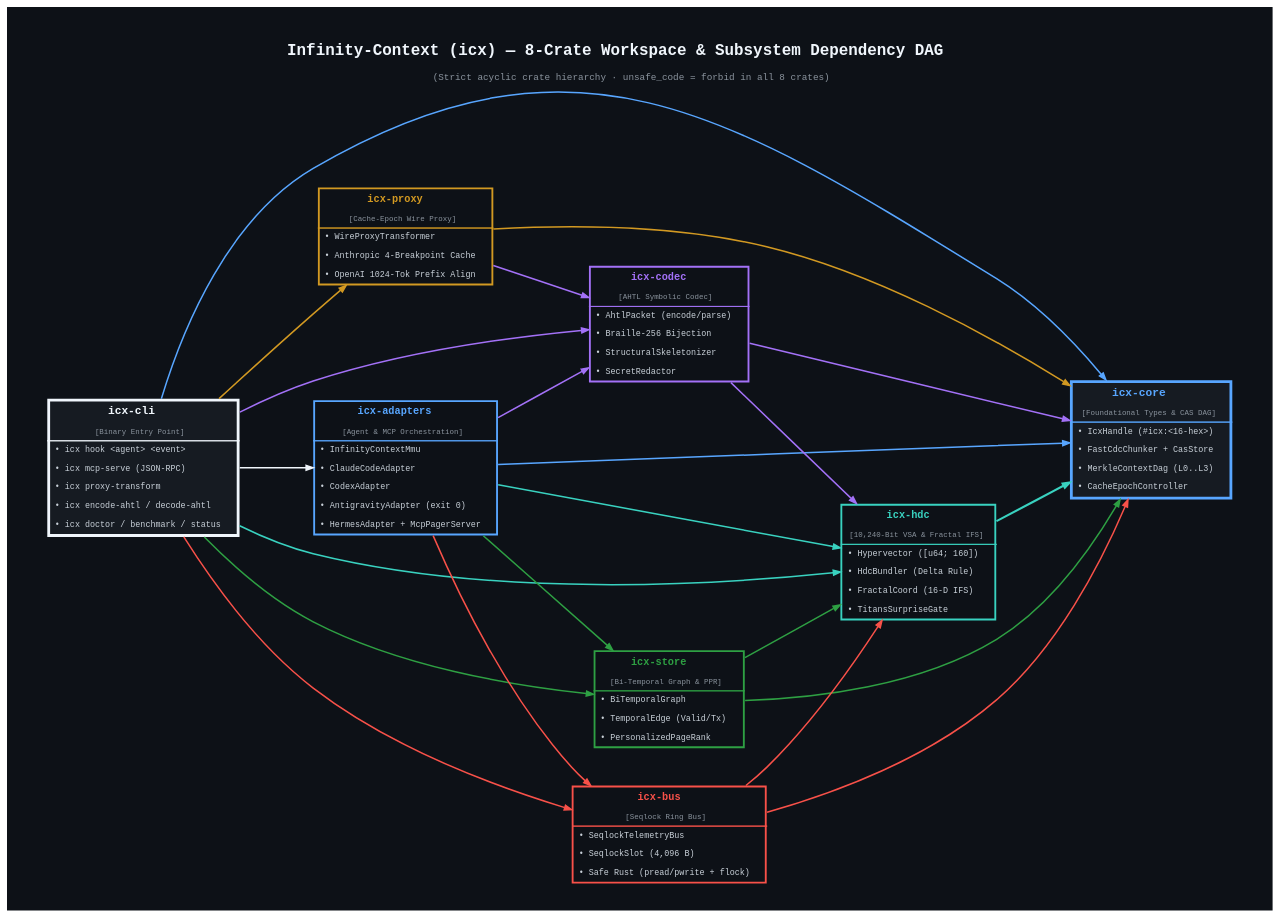
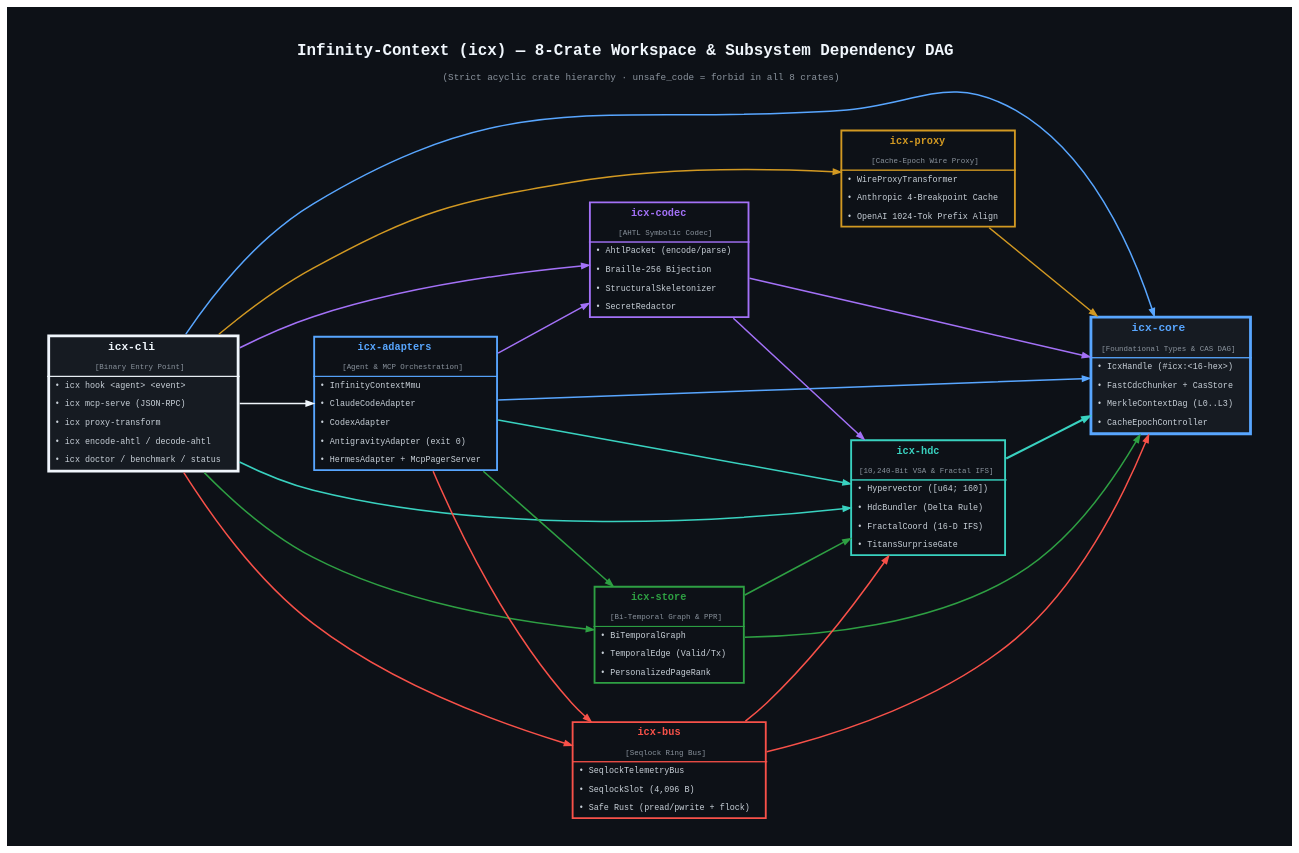
The diagram in images/infinity-context-crate-graph.dot (doublegate/Infinity-Context), drawn with Graphviz before and after one commit. The commit also changed 7 other files, not shown here.

Commit message:
docs(images): correct handle width, HDC scan rate, PPR alpha and proxy deps in graphs

```diff
--- a/images/infinity-context-crate-graph.dot
+++ b/images/infinity-context-crate-graph.dot
@@ -1,139 +1,138 @@
 digraph InfinityContextCrateGraph {
     // =================================================================
     // Infinity-Context (icx) — 8-Crate Workspace & Cross-Agent Dependency DAG
     // Style: Dark theme matching VeridianOS relationship diagrams
     // Note: Every bullet uses its own <TR><TD ALIGN="LEFT"> row for exact left alignment.
     // =================================================================
 
     bgcolor="#0d1117"
     rankdir=LR
     splines=true
     nodesep=0.55
     ranksep=1.10
     pad="0.6,0.4"
     labelloc="t"
     label=<
         <TABLE BORDER="0" CELLBORDER="0" CELLSPACING="0" CELLPADDING="6">
         <TR><TD ALIGN="CENTER"><FONT COLOR="#f0f6fc" POINT-SIZE="17" FACE="JetBrains Mono,Consolas,monospace"><B>Infinity-Context (icx) &#8212; 8-Crate Workspace &amp; Subsystem Dependency DAG</B>&#160;&#160;&#160;</FONT></TD></TR>
         <TR><TD ALIGN="CENTER"><FONT COLOR="#8b949e" POINT-SIZE="10" FACE="JetBrains Mono,Consolas,monospace">(Strict acyclic crate hierarchy &#183; unsafe_code = forbid in all 8 crates)&#160;&#160;&#160;</FONT></TD></TR>
         </TABLE>>
 
     node [shape=none fontname="JetBrains Mono,Consolas,Courier New,monospace" fontsize=10 margin="0"]
     edge [arrowsize=0.75 penwidth=1.6]
 
     icx_cli [label=<
         <TABLE BORDER="3" CELLBORDER="0" CELLSPACING="0" CELLPADDING="5" COLOR="#f0f6fc" BGCOLOR="#161b22">
         <TR><TD ALIGN="CENTER"><FONT COLOR="#f0f6fc" POINT-SIZE="12"><B>icx-cli</B>&#160;&#160;&#160;</FONT></TD></TR>
         <TR><TD ALIGN="CENTER"><FONT COLOR="#8b949e" POINT-SIZE="8.5">[Binary Entry Point]&#160;&#160;&#160;</FONT></TD></TR>
         <HR/>
         <TR><TD ALIGN="LEFT"><FONT COLOR="#c9d1d9" POINT-SIZE="9">&#8226; icx hook &lt;agent&gt; &lt;event&gt;&#160;&#160;&#160;</FONT></TD></TR>
         <TR><TD ALIGN="LEFT"><FONT COLOR="#c9d1d9" POINT-SIZE="9">&#8226; icx mcp-serve (JSON-RPC)&#160;&#160;&#160;</FONT></TD></TR>
         <TR><TD ALIGN="LEFT"><FONT COLOR="#c9d1d9" POINT-SIZE="9">&#8226; icx proxy-transform&#160;&#160;&#160;</FONT></TD></TR>
         <TR><TD ALIGN="LEFT"><FONT COLOR="#c9d1d9" POINT-SIZE="9">&#8226; icx encode-ahtl / decode-ahtl&#160;&#160;&#160;</FONT></TD></TR>
         <TR><TD ALIGN="LEFT"><FONT COLOR="#c9d1d9" POINT-SIZE="9">&#8226; icx doctor / benchmark / status&#160;&#160;&#160;</FONT></TD></TR>
         </TABLE>>]
 
     icx_adapters [label=<
         <TABLE BORDER="2" CELLBORDER="0" CELLSPACING="0" CELLPADDING="5" COLOR="#58a6ff" BGCOLOR="#0d1117">
         <TR><TD ALIGN="CENTER"><FONT COLOR="#58a6ff" POINT-SIZE="11"><B>icx-adapters</B>&#160;&#160;&#160;</FONT></TD></TR>
         <TR><TD ALIGN="CENTER"><FONT COLOR="#8b949e" POINT-SIZE="8.5">[Agent &amp; MCP Orchestration]&#160;&#160;&#160;</FONT></TD></TR>
         <HR/>
         <TR><TD ALIGN="LEFT"><FONT COLOR="#c9d1d9" POINT-SIZE="9">&#8226; InfinityContextMmu&#160;&#160;&#160;</FONT></TD></TR>
         <TR><TD ALIGN="LEFT"><FONT COLOR="#c9d1d9" POINT-SIZE="9">&#8226; ClaudeCodeAdapter&#160;&#160;&#160;</FONT></TD></TR>
         <TR><TD ALIGN="LEFT"><FONT COLOR="#c9d1d9" POINT-SIZE="9">&#8226; CodexAdapter&#160;&#160;&#160;</FONT></TD></TR>
         <TR><TD ALIGN="LEFT"><FONT COLOR="#c9d1d9" POINT-SIZE="9">&#8226; AntigravityAdapter (exit 0)&#160;&#160;&#160;</FONT></TD></TR>
         <TR><TD ALIGN="LEFT"><FONT COLOR="#c9d1d9" POINT-SIZE="9">&#8226; HermesAdapter + McpPagerServer&#160;&#160;&#160;</FONT></TD></TR>
         </TABLE>>]
 
     icx_proxy [label=<
         <TABLE BORDER="2" CELLBORDER="0" CELLSPACING="0" CELLPADDING="5" COLOR="#d29922" BGCOLOR="#0d1117">
         <TR><TD ALIGN="CENTER"><FONT COLOR="#d29922" POINT-SIZE="11"><B>icx-proxy</B>&#160;&#160;&#160;</FONT></TD></TR>
         <TR><TD ALIGN="CENTER"><FONT COLOR="#8b949e" POINT-SIZE="8.5">[Cache-Epoch Wire Proxy]&#160;&#160;&#160;</FONT></TD></TR>
         <HR/>
         <TR><TD ALIGN="LEFT"><FONT COLOR="#c9d1d9" POINT-SIZE="9">&#8226; WireProxyTransformer&#160;&#160;&#160;</FONT></TD></TR>
         <TR><TD ALIGN="LEFT"><FONT COLOR="#c9d1d9" POINT-SIZE="9">&#8226; Anthropic 4-Breakpoint Cache&#160;&#160;&#160;</FONT></TD></TR>
         <TR><TD ALIGN="LEFT"><FONT COLOR="#c9d1d9" POINT-SIZE="9">&#8226; OpenAI 1024-Tok Prefix Align&#160;&#160;&#160;</FONT></TD></TR>
         </TABLE>>]
 
     icx_codec [label=<
         <TABLE BORDER="2" CELLBORDER="0" CELLSPACING="0" CELLPADDING="5" COLOR="#a371f7" BGCOLOR="#0d1117">
         <TR><TD ALIGN="CENTER"><FONT COLOR="#a371f7" POINT-SIZE="11"><B>icx-codec</B>&#160;&#160;&#160;</FONT></TD></TR>
         <TR><TD ALIGN="CENTER"><FONT COLOR="#8b949e" POINT-SIZE="8.5">[AHTL Symbolic Codec]&#160;&#160;&#160;</FONT></TD></TR>
         <HR/>
         <TR><TD ALIGN="LEFT"><FONT COLOR="#c9d1d9" POINT-SIZE="9">&#8226; AhtlPacket (encode/parse)&#160;&#160;&#160;</FONT></TD></TR>
         <TR><TD ALIGN="LEFT"><FONT COLOR="#c9d1d9" POINT-SIZE="9">&#8226; Braille-256 Bijection&#160;&#160;&#160;</FONT></TD></TR>
         <TR><TD ALIGN="LEFT"><FONT COLOR="#c9d1d9" POINT-SIZE="9">&#8226; StructuralSkeletonizer&#160;&#160;&#160;</FONT></TD></TR>
         <TR><TD ALIGN="LEFT"><FONT COLOR="#c9d1d9" POINT-SIZE="9">&#8226; SecretRedactor&#160;&#160;&#160;</FONT></TD></TR>
         </TABLE>>]
 
     icx_store [label=<
         <TABLE BORDER="2" CELLBORDER="0" CELLSPACING="0" CELLPADDING="5" COLOR="#2ea043" BGCOLOR="#0d1117">
         <TR><TD ALIGN="CENTER"><FONT COLOR="#2ea043" POINT-SIZE="11"><B>icx-store</B>&#160;&#160;&#160;</FONT></TD></TR>
         <TR><TD ALIGN="CENTER"><FONT COLOR="#8b949e" POINT-SIZE="8.5">[Bi-Temporal Graph &amp; PPR]&#160;&#160;&#160;</FONT></TD></TR>
         <HR/>
         <TR><TD ALIGN="LEFT"><FONT COLOR="#c9d1d9" POINT-SIZE="9">&#8226; BiTemporalGraph&#160;&#160;&#160;</FONT></TD></TR>
         <TR><TD ALIGN="LEFT"><FONT COLOR="#c9d1d9" POINT-SIZE="9">&#8226; TemporalEdge (Valid/Tx)&#160;&#160;&#160;</FONT></TD></TR>
         <TR><TD ALIGN="LEFT"><FONT COLOR="#c9d1d9" POINT-SIZE="9">&#8226; PersonalizedPageRank&#160;&#160;&#160;</FONT></TD></TR>
         </TABLE>>]
 
     icx_bus [label=<
         <TABLE BORDER="2" CELLBORDER="0" CELLSPACING="0" CELLPADDING="5" COLOR="#f85149" BGCOLOR="#0d1117">
         <TR><TD ALIGN="CENTER"><FONT COLOR="#f85149" POINT-SIZE="11"><B>icx-bus</B>&#160;&#160;&#160;</FONT></TD></TR>
         <TR><TD ALIGN="CENTER"><FONT COLOR="#8b949e" POINT-SIZE="8.5">[Seqlock Ring Bus]&#160;&#160;&#160;</FONT></TD></TR>
         <HR/>
         <TR><TD ALIGN="LEFT"><FONT COLOR="#c9d1d9" POINT-SIZE="9">&#8226; SeqlockTelemetryBus&#160;&#160;&#160;</FONT></TD></TR>
         <TR><TD ALIGN="LEFT"><FONT COLOR="#c9d1d9" POINT-SIZE="9">&#8226; SeqlockSlot (4,096 B)&#160;&#160;&#160;</FONT></TD></TR>
         <TR><TD ALIGN="LEFT"><FONT COLOR="#c9d1d9" POINT-SIZE="9">&#8226; Safe Rust (pread/pwrite + flock)&#160;&#160;&#160;</FONT></TD></TR>
         </TABLE>>]
 
     icx_hdc [label=<
         <TABLE BORDER="2" CELLBORDER="0" CELLSPACING="0" CELLPADDING="5" COLOR="#39d2c0" BGCOLOR="#0d1117">
         <TR><TD ALIGN="CENTER"><FONT COLOR="#39d2c0" POINT-SIZE="11"><B>icx-hdc</B>&#160;&#160;&#160;</FONT></TD></TR>
         <TR><TD ALIGN="CENTER"><FONT COLOR="#8b949e" POINT-SIZE="8.5">[10,240-Bit VSA &amp; Fractal IFS]&#160;&#160;&#160;</FONT></TD></TR>
         <HR/>
         <TR><TD ALIGN="LEFT"><FONT COLOR="#c9d1d9" POINT-SIZE="9">&#8226; Hypervector ([u64; 160])&#160;&#160;&#160;</FONT></TD></TR>
         <TR><TD ALIGN="LEFT"><FONT COLOR="#c9d1d9" POINT-SIZE="9">&#8226; HdcBundler (Delta Rule)&#160;&#160;&#160;</FONT></TD></TR>
         <TR><TD ALIGN="LEFT"><FONT COLOR="#c9d1d9" POINT-SIZE="9">&#8226; FractalCoord (16-D IFS)&#160;&#160;&#160;</FONT></TD></TR>
         <TR><TD ALIGN="LEFT"><FONT COLOR="#c9d1d9" POINT-SIZE="9">&#8226; TitansSurpriseGate&#160;&#160;&#160;</FONT></TD></TR>
         </TABLE>>]
 
     icx_core [label=<
         <TABLE BORDER="3" CELLBORDER="0" CELLSPACING="0" CELLPADDING="5" COLOR="#58a6ff" BGCOLOR="#161b22">
         <TR><TD ALIGN="CENTER"><FONT COLOR="#58a6ff" POINT-SIZE="12"><B>icx-core</B>&#160;&#160;&#160;</FONT></TD></TR>
         <TR><TD ALIGN="CENTER"><FONT COLOR="#8b949e" POINT-SIZE="8.5">[Foundational Types &amp; CAS DAG]&#160;&#160;&#160;</FONT></TD></TR>
         <HR/>
         <TR><TD ALIGN="LEFT"><FONT COLOR="#c9d1d9" POINT-SIZE="9">&#8226; IcxHandle (#icx:&lt;16-hex&gt;)&#160;&#160;&#160;</FONT></TD></TR>
         <TR><TD ALIGN="LEFT"><FONT COLOR="#c9d1d9" POINT-SIZE="9">&#8226; FastCdcChunker + CasStore&#160;&#160;&#160;</FONT></TD></TR>
         <TR><TD ALIGN="LEFT"><FONT COLOR="#c9d1d9" POINT-SIZE="9">&#8226; MerkleContextDag (L0..L3)&#160;&#160;&#160;</FONT></TD></TR>
         <TR><TD ALIGN="LEFT"><FONT COLOR="#c9d1d9" POINT-SIZE="9">&#8226; CacheEpochController&#160;&#160;&#160;</FONT></TD></TR>
         </TABLE>>]
 
     // Strict Acyclic Crate Dependency Edges
     icx_cli -> icx_adapters [color="#f0f6fc" style=bold]
     icx_cli -> icx_proxy [color="#d29922" style=bold]
     icx_cli -> icx_codec [color="#a371f7"]
     icx_cli -> icx_bus [color="#f85149"]
     icx_cli -> icx_store [color="#2ea043"]
     icx_cli -> icx_hdc [color="#39d2c0"]
     icx_cli -> icx_core [color="#58a6ff"]
 
     icx_adapters -> icx_codec [color="#a371f7" style=bold]
     icx_adapters -> icx_store [color="#2ea043" style=bold]
     icx_adapters -> icx_bus [color="#f85149" style=bold]
     icx_adapters -> icx_hdc [color="#39d2c0" style=bold]
     icx_adapters -> icx_core [color="#58a6ff" style=bold]
 
-    icx_proxy -> icx_codec [color="#a371f7" style=bold]
     icx_proxy -> icx_core [color="#d29922" style=bold]
 
     icx_codec -> icx_hdc [color="#a371f7" style=bold]
     icx_codec -> icx_core [color="#a371f7" style=bold]
 
     icx_store -> icx_hdc [color="#2ea043" style=bold]
     icx_store -> icx_core [color="#2ea043" style=bold]
 
     icx_bus -> icx_hdc [color="#f85149" style=bold]
     icx_bus -> icx_core [color="#f85149" style=bold]
 
     icx_hdc -> icx_core [color="#39d2c0" style=bold penwidth=2.2]
 }
```
